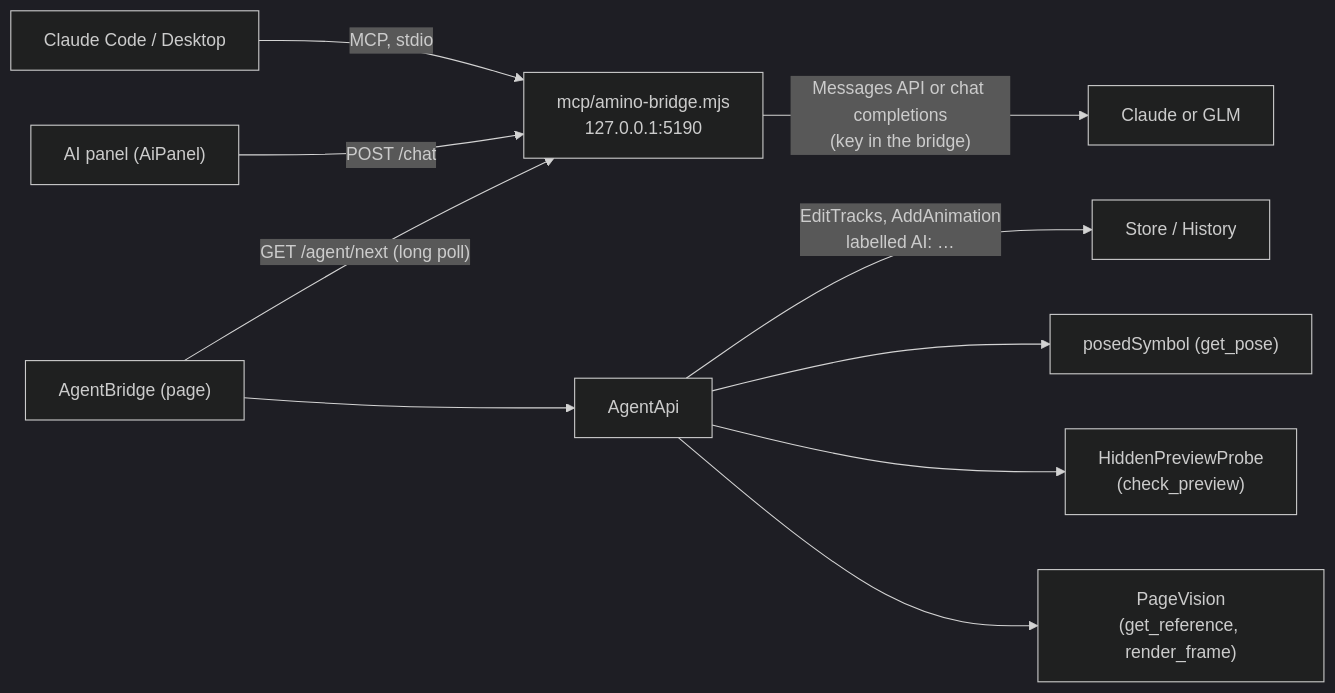
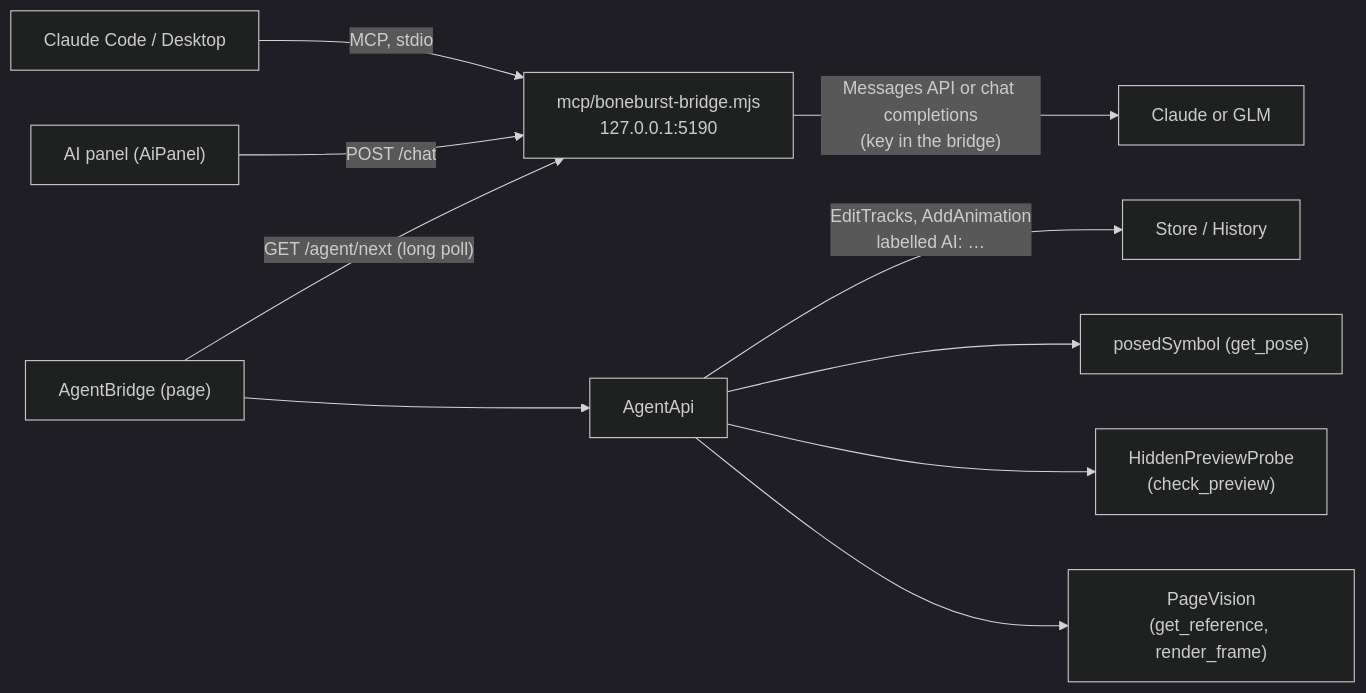
Before and after one commit to 12pnp/M0-Animation-2D: the fifth of 7 diagrams in docs/ARCHITECTURE.md, drawn with Mermaid (dark theme). The commit also changed other lines of this file and 21 other files, not shown here.

Commit message:
The app is BoneBurst: title, About, docs, and the AI bridge (boneburst-bridge.mjs, BONEBURST_* with AMINO_* still read, ~/.boneburst-bridge.json)

````diff
--- a/docs/ARCHITECTURE.md
+++ b/docs/ARCHITECTURE.md
@@ -1251,12 +1251,12 @@
 ```mermaid
 flowchart LR
-    CC["Claude Code / Desktop"] -->|"MCP, stdio"| BR["mcp/amino-bridge.mjs<br/>127.0.0.1:5190"]
+    CC["Claude Code / Desktop"] -->|"MCP, stdio"| BR["mcp/boneburst-bridge.mjs<br/>127.0.0.1:5190"]
     ASK["AI panel (AiPanel)"] -->|"POST /chat"| BR
     BR -->|"Messages API or chat completions<br/>(key in the bridge)"| CL["Claude or GLM"]
     PAGE["AgentBridge (page)"] -->|"GET /agent/next (long poll)"| BR
     PAGE --> API["AgentApi"]
     API -->|"EditTracks, AddAnimation<br/>labelled AI: …"| ST["Store / History"]
     API --> POSE["posedSymbol (get_pose)"]
     API --> PROBE["HiddenPreviewProbe<br/>(check_preview)"]
     API --> VIS["PageVision<br/>(get_reference, render_frame)"]
 ```
````
